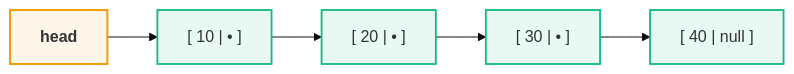
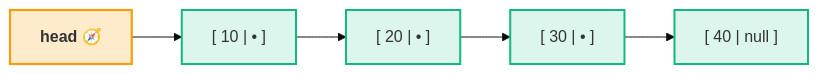
One commit to abhinavbharti2345/CS_Notes changed the seventh of 11 diagrams in CS/DSA/03. Linked Lists/01. Linked List Fundamentals.md. Above: the diagram before and after it, drawn with Mermaid (base theme). The commit also changed other lines of this file and 20 other files, not shown here.

Commit message:
feat: add foundational notes and diagrams for computer networking, data structures, and machine learning pipelines

````diff
--- a/CS/DSA/03. Linked Lists/01. Linked List Fundamentals.md
+++ b/CS/DSA/03. Linked Lists/01. Linked List Fundamentals.md
@@ -216,12 +202,12 @@
 ```mermaid
 flowchart LR
-    H["<b>head</b>"] --> N1["[ 10 | • ]"]
+    H["<b>head 🧭</b>"] --> N1["[ 10 | • ]"]
     N1 --> N2["[ 20 | • ]"]
     N2 --> N3["[ 30 | • ]"]
     N3 --> N4["[ 40 | null ]"]
 
-    classDef headPtr fill:#f59e0b18,stroke:#f59e0b,stroke-width:2px;
-    classDef node fill:#10b98118,stroke:#10b981,stroke-width:1.8px;
+    classDef headPtr fill:#f59e0b35,stroke:#f59e0b,stroke-width:2.2px;
+    classDef node fill:#10b98125,stroke:#10b981,stroke-width:2px;
     class H headPtr;
     class N1,N2,N3,N4 node;
 ```
````
